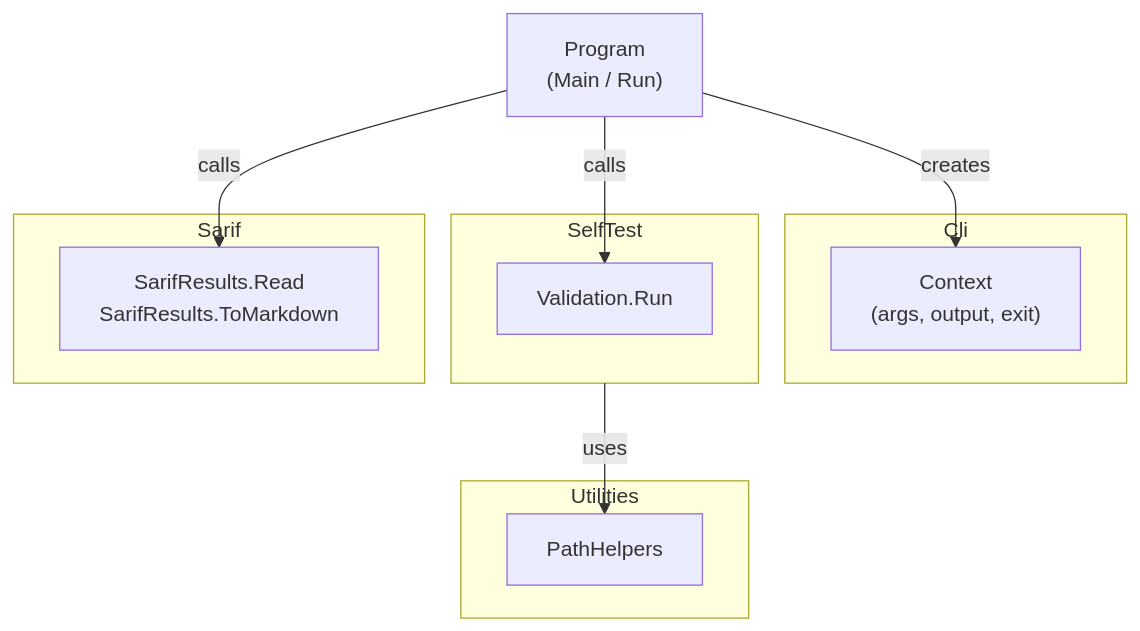
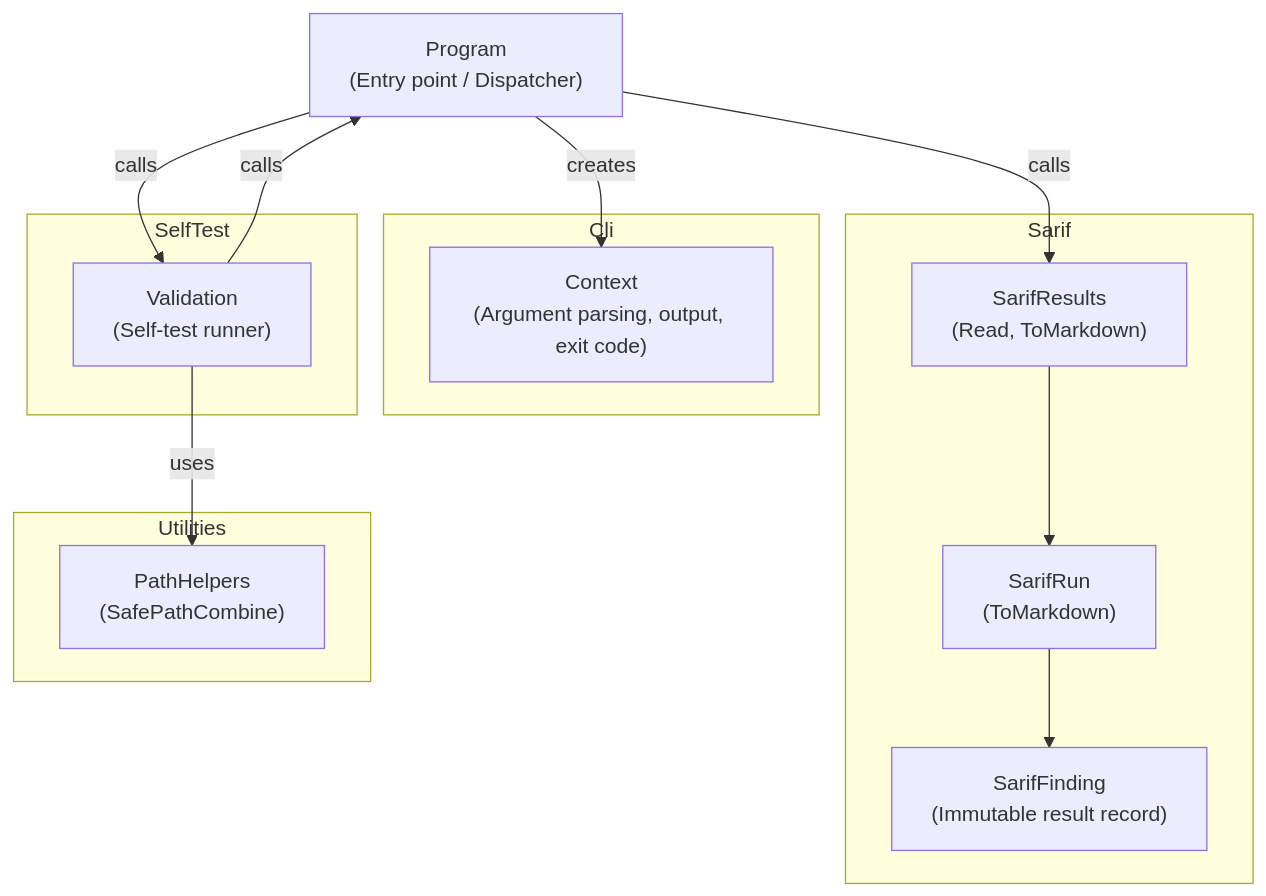
Before and after one commit to demaconsulting/SarifMark: the diagram in docs/design/sarifmark.md, drawn with Mermaid. The commit also changed other lines of this file and 133 other files, not shown here.

````diff
--- a/docs/design/sarifmark.md
+++ b/docs/design/sarifmark.md
@@ -55,25 +7,30 @@
 ```mermaid
 flowchart TD
-    Main["Program\n(Main / Run)"]
+    Program["Program\n(Entry point / Dispatcher)"]
 
     subgraph Cli
-        Context["Context\n(args, output, exit)"]
+        Context["Context\n(Argument parsing, output, exit code)"]
+    end
+
+    subgraph Sarif
+        SarifResults["SarifResults\n(Read, ToMarkdown)"]
+        SarifRun["SarifRun\n(ToMarkdown)"]
+        SarifFinding["SarifFinding\n(Immutable result record)"]
     end
 
     subgraph SelfTest
-        Validation["Validation.Run"]
-    end
-
-    subgraph Sarif
-        SarifResults["SarifResults.Read\nSarifResults.ToMarkdown"]
+        Validation["Validation\n(Self-test runner)"]
     end
 
     subgraph Utilities
-        PathHelpers["PathHelpers"]
+        PathHelpers["PathHelpers\n(SafePathCombine)"]
     end
 
-    Main -->|creates| Context
-    Main -->|calls| Validation
-    Main -->|calls| SarifResults
-    SelfTest -->|uses| PathHelpers
+    Program -->|creates| Context
+    Program -->|calls| Validation
+    Program -->|calls| SarifResults
+    SarifResults --> SarifRun
+    SarifRun --> SarifFinding
+    Validation -->|uses| PathHelpers
+    Validation -->|calls| Program
 ```
````
